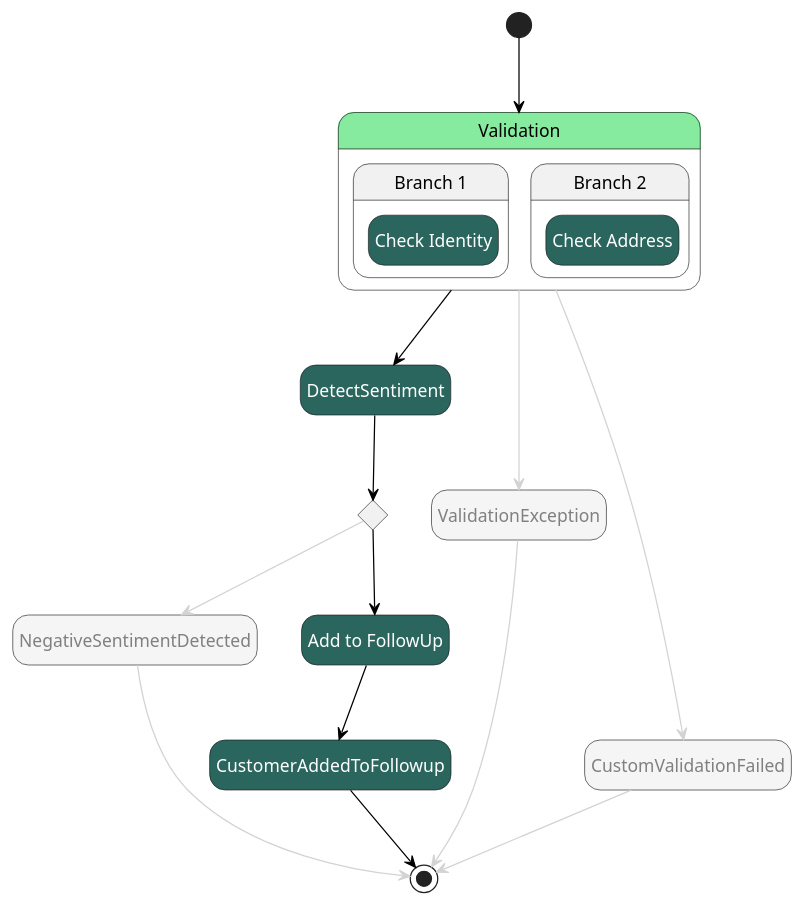
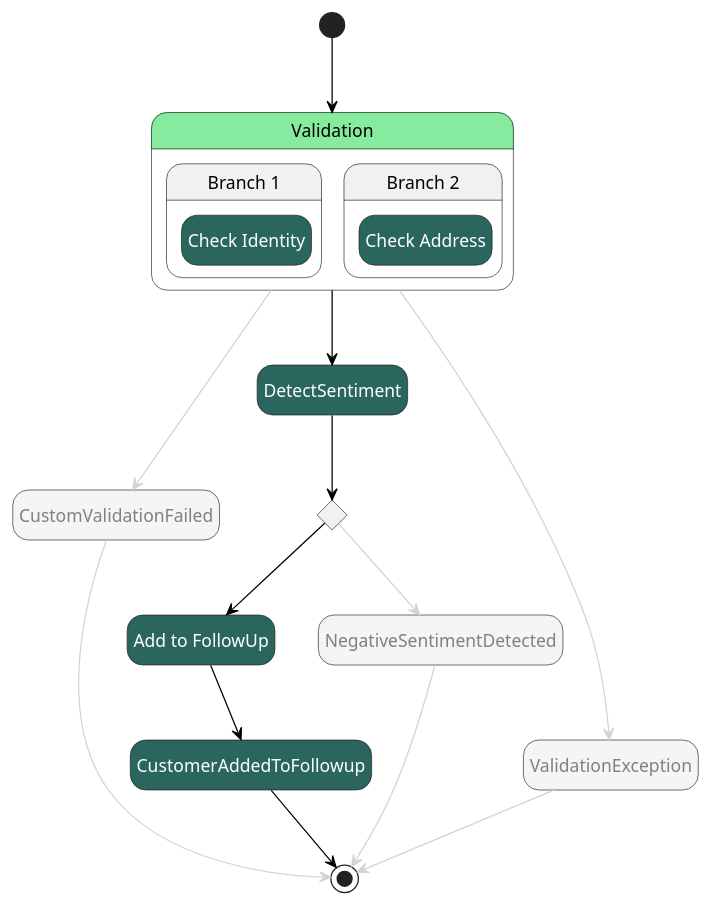
The diagram in src/example-crm/.asl-puml/RetryOnServiceExceptionTest.puml (massfords/asl-mock), drawn with PlantUML before and after one commit. The commit also changed 6 other files, not shown here.

```diff
--- a/src/example-crm/.asl-puml/RetryOnServiceExceptionTest.puml
+++ b/src/example-crm/.asl-puml/RetryOnServiceExceptionTest.puml
@@ -1,58 +1,58 @@
 @startuml
 hide empty description
 skinparam ArrowColor #black
 skinparam state {
 
     BackgroundColor<<Choice>> #whitesmoke
     FontColor<<Choice>> automatic
 
     BackgroundColor<<aslParallel>> #whitesmoke
 
     BackgroundColor<<aslTask>> #lightblue
     FontColor<<aslTask>> automatic
     BackgroundColor<<Compensate>> #orange
     FontColor<<CustomStyle0>> automatic
     BackgroundColor<<CustomStyle0>> #86ea9f
     FontColor<<CustomStyle1>> automatic
     BackgroundColor<<CustomStyle1>> #2b665e
     FontColor<<CustomStyle2>> automatic
     BackgroundColor<<CustomStyle2>> #2b665e
     FontColor<<CustomStyle3>> automatic
     BackgroundColor<<CustomStyle3>> #2b665e
     FontColor<<CustomStyle4>> automatic
     BackgroundColor<<CustomStyle4>> #86ea9f
     FontColor<<CustomStyle5>> automatic
     BackgroundColor<<CustomStyle5>> #2b665e
     FontColor<<CustomStyle6>> automatic
     BackgroundColor<<CustomStyle6>> #2b665e
     FontColor<<CustomStyle7>> gray
     BackgroundColor<<CustomStyle7>> #whitesmoke
 }
+state "Add to FollowUp" as state7<<CustomStyle5>>
+state "CustomValidationFailed" as state6<<CustomStyle7>>
+state "CustomerAddedToFollowup" as state8<<CustomStyle6>>
+state "DetectSentiment" as state2<<CustomStyle3>>
+state "Is Positive \nSentiment?" as state4<<Choice>>
+state "NegativeSentimentDetected" as state5<<CustomStyle7>>
 state "Validation" as state1<<CustomStyle0>> {
 state "Branch 1" as state1_1 {
-state "Check Identity" as state9<<CustomStyle1>>
+state "Check Identity" as state9<<CustomStyle2>>
 }
 state "Branch 2" as state1_2 {
-state "Check Address" as state10<<CustomStyle2>>
+state "Check Address" as state10<<CustomStyle1>>
 }
 }
-state "DetectSentiment" as state2<<CustomStyle3>>
 state "ValidationException" as state3<<CustomStyle7>>
-state "Is Positive \nSentiment?" as state4<<Choice>>
-state "NegativeSentimentDetected" as state5<<CustomStyle7>>
-state "CustomValidationFailed" as state6<<CustomStyle7>>
-state "Add to FollowUp" as state7<<CustomStyle5>>
-state "CustomerAddedToFollowup" as state8<<CustomStyle6>>
 [*] --> state1
 state1 --> state2
 state1 -[#lightgray]-> state6
 state1 -[#lightgray]-> state3
 state2 --> state4
 state3 -[#lightgray]-> [*]
 state4 --> state7
 state4 -[#lightgray]-> state5
 state5 -[#lightgray]-> [*]
 state6 -[#lightgray]-> [*]
 state7 --> state8
 state8 --> [*]
 @enduml
```
